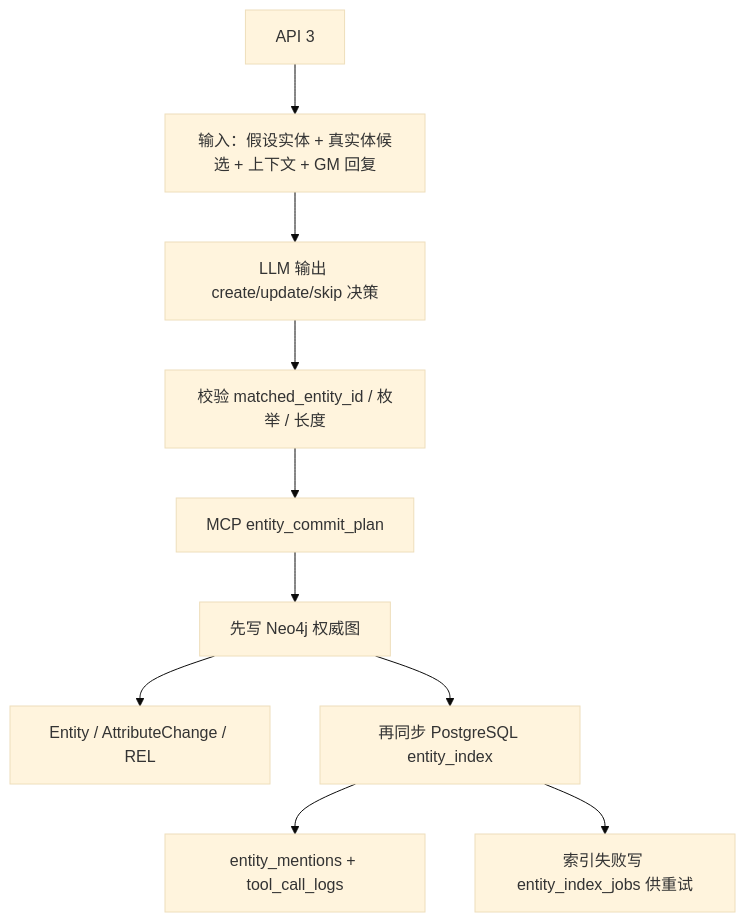
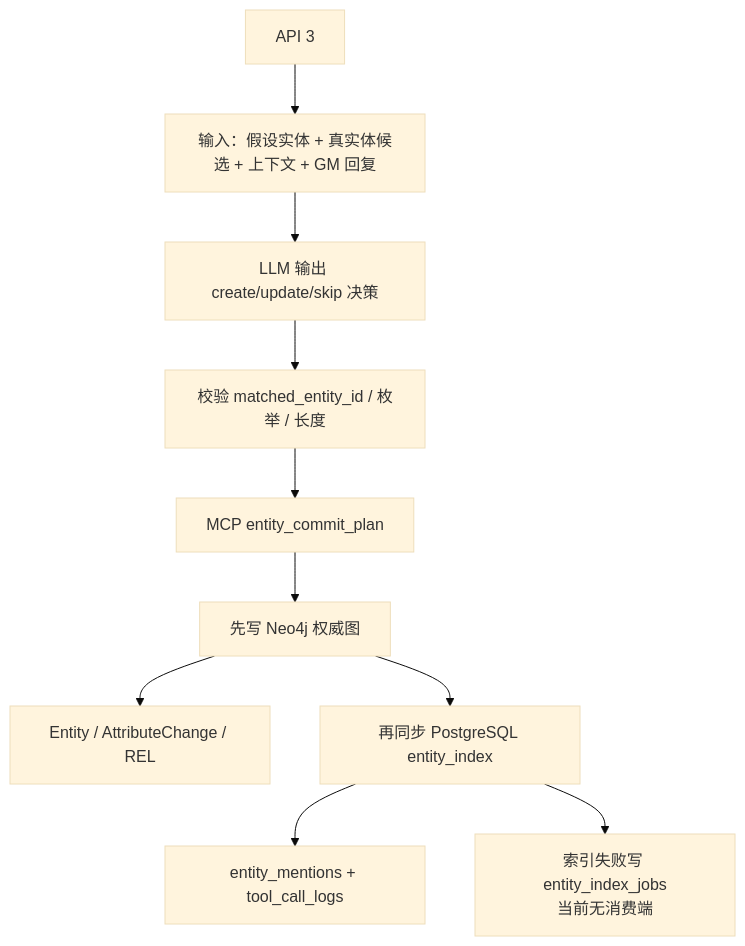
Before and after one commit to hjiaju336-sys/mem_ol: the fourth of 5 diagrams in docs/business_flow.md, drawn with Mermaid (base theme). The commit also changed other lines of this file and 73 other files, not shown here.

````diff
--- a/docs/business_flow.md
+++ b/docs/business_flow.md
@@ -175,12 +181,12 @@
 ```mermaid
 flowchart TD
     A[API 3] --> B[输入：假设实体 + 真实体候选 + 上下文 + GM 回复]
     B --> C[LLM 输出 create/update/skip 决策]
     C --> D[校验 matched_entity_id / 枚举 / 长度]
     D --> E[MCP entity_commit_plan]
     E --> F[先写 Neo4j 权威图]
     F --> G[Entity / AttributeChange / REL]
     F --> H[再同步 PostgreSQL entity_index]
     H --> I[entity_mentions + tool_call_logs]
-    H --> J[索引失败写 entity_index_jobs 供重试]
+    H --> J[索引失败写 entity_index_jobs<br/>当前无消费端]
 ```
````
